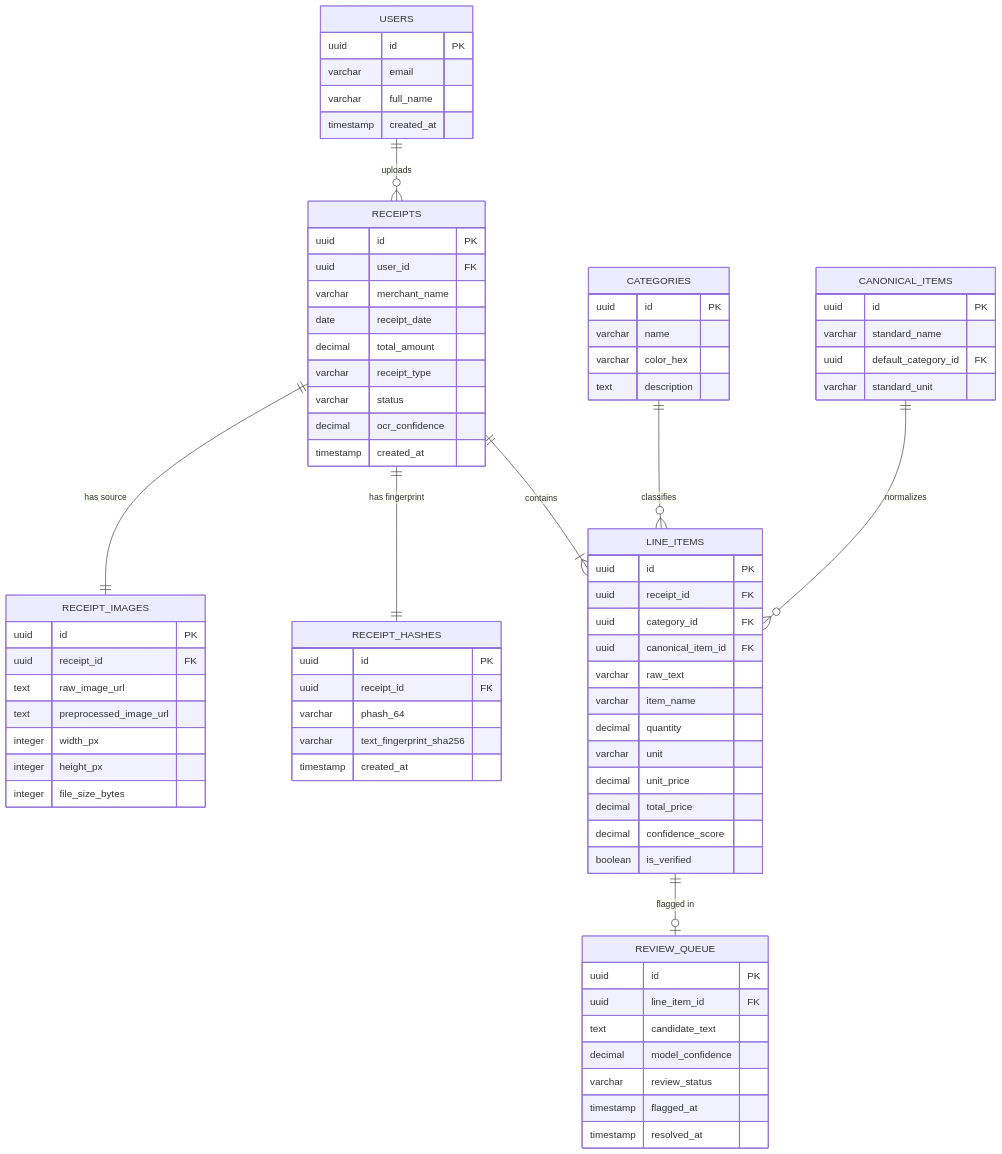
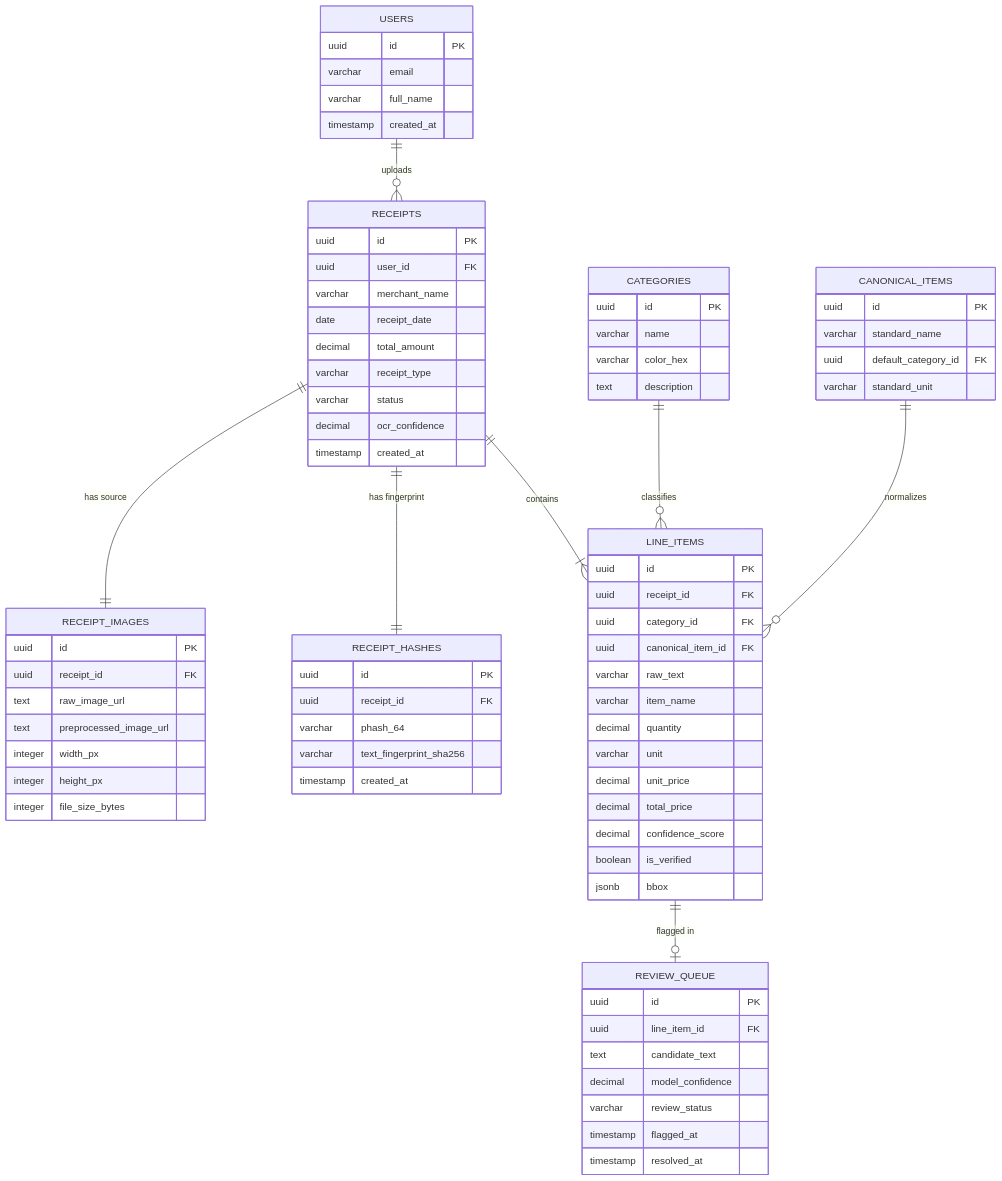
Before and after one commit to Asad101001/ReceiptLedger: the diagram in docs/specifications/05_ERD.md, drawn with Mermaid. The commit also changed other lines of this file and 19 other files, not shown here.

```diff
--- a/docs/specifications/05_ERD.md
+++ b/docs/specifications/05_ERD.md
@@ -86,6 +86,7 @@
         decimal total_price
         decimal confidence_score
         boolean is_verified
+        jsonb bbox
     }
 
     REVIEW_QUEUE {
```
